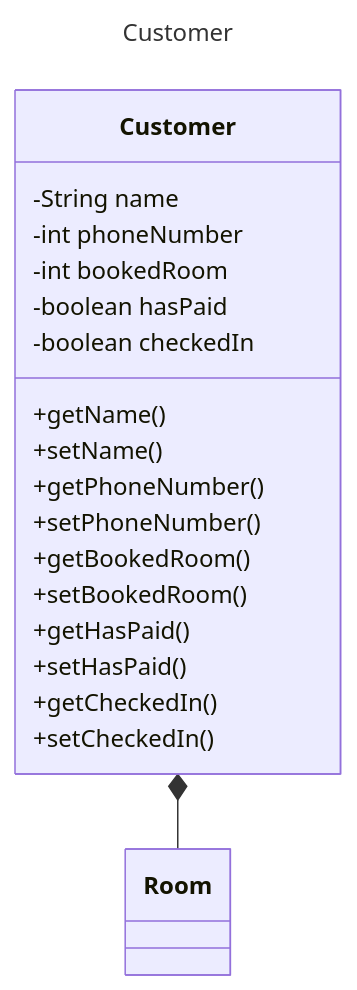
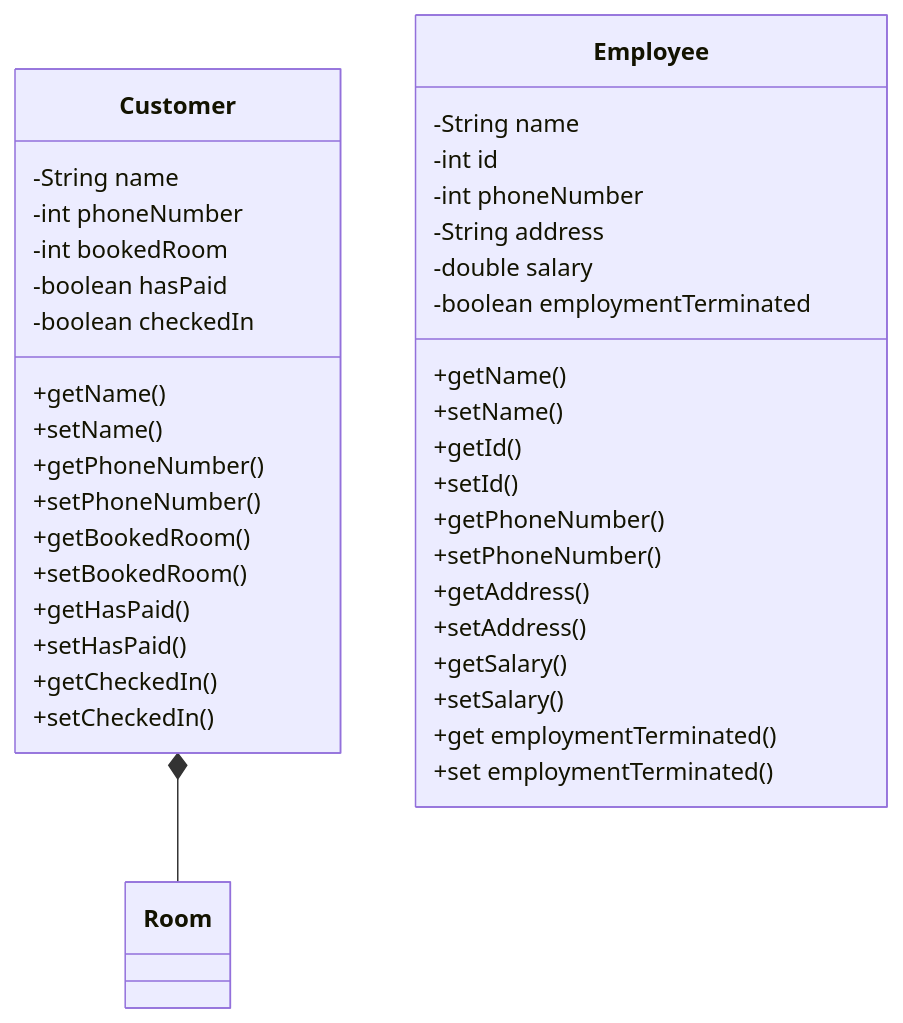
The diagram in wiki/wiki.md (roxashrb/2425-cc3-1e-project-team-and-jerry), drawn with Mermaid before and after one commit. The commit also changed other lines of this file, not shown here.

````diff
--- a/wiki/wiki.md
+++ b/wiki/wiki.md
@@ -1,26 +1,43 @@
 ```mermaid
----
-title: Customer
----
 classDiagram
     Customer *-- Room
     class Customer {
         -String name
         -int phoneNumber
         -int bookedRoom
         -boolean hasPaid
         -boolean checkedIn
         +getName()
         +setName()
         +getPhoneNumber()
         +setPhoneNumber()
         +getBookedRoom()
         +setBookedRoom()
         +getHasPaid()
         +setHasPaid()
         +getCheckedIn()
         +setCheckedIn()
     }
 
+    class Employee {
+        -String name
+        -int id
+        -int phoneNumber
+        -String address
+        -double salary
+        -boolean employmentTerminated
+        +getName()
+        +setName()
+        +getId()
+        +setId()
+        +getPhoneNumber()
+        +setPhoneNumber()
+        +getAddress()
+        +setAddress()
+        +getSalary()
+        +setSalary()
+        +get employmentTerminated()
+        +set employmentTerminated()
+    }
 
 ```
````
